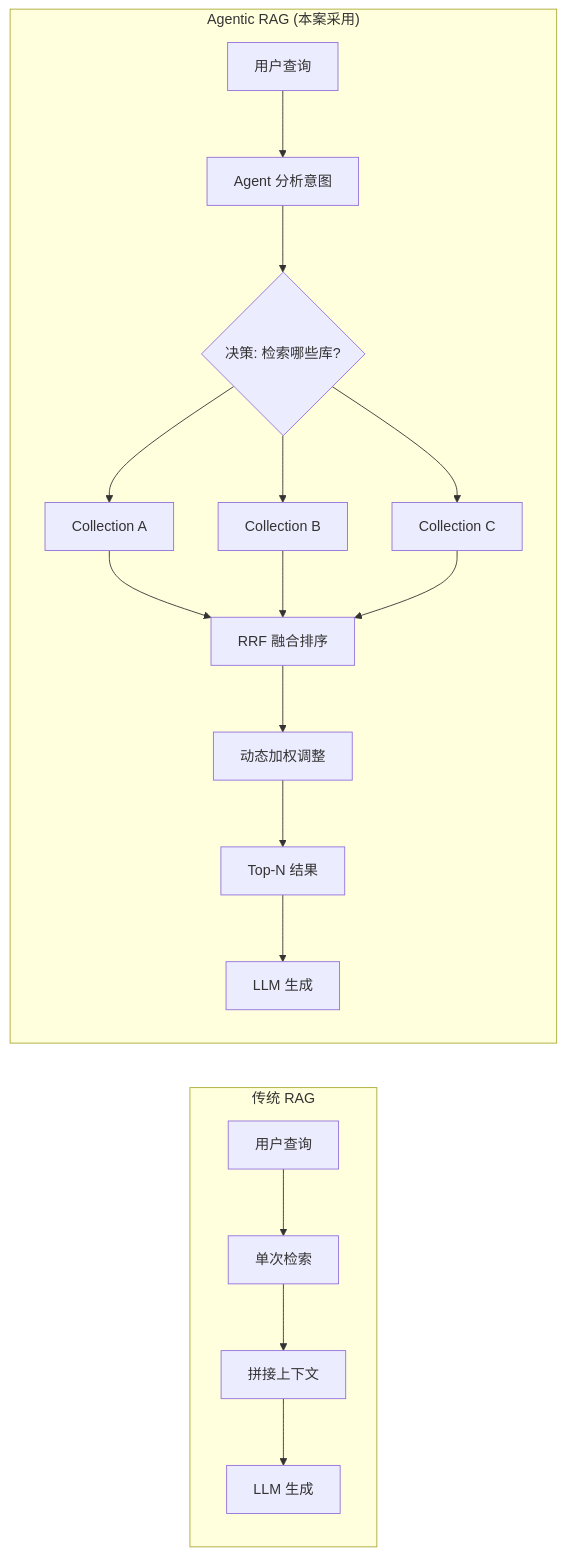
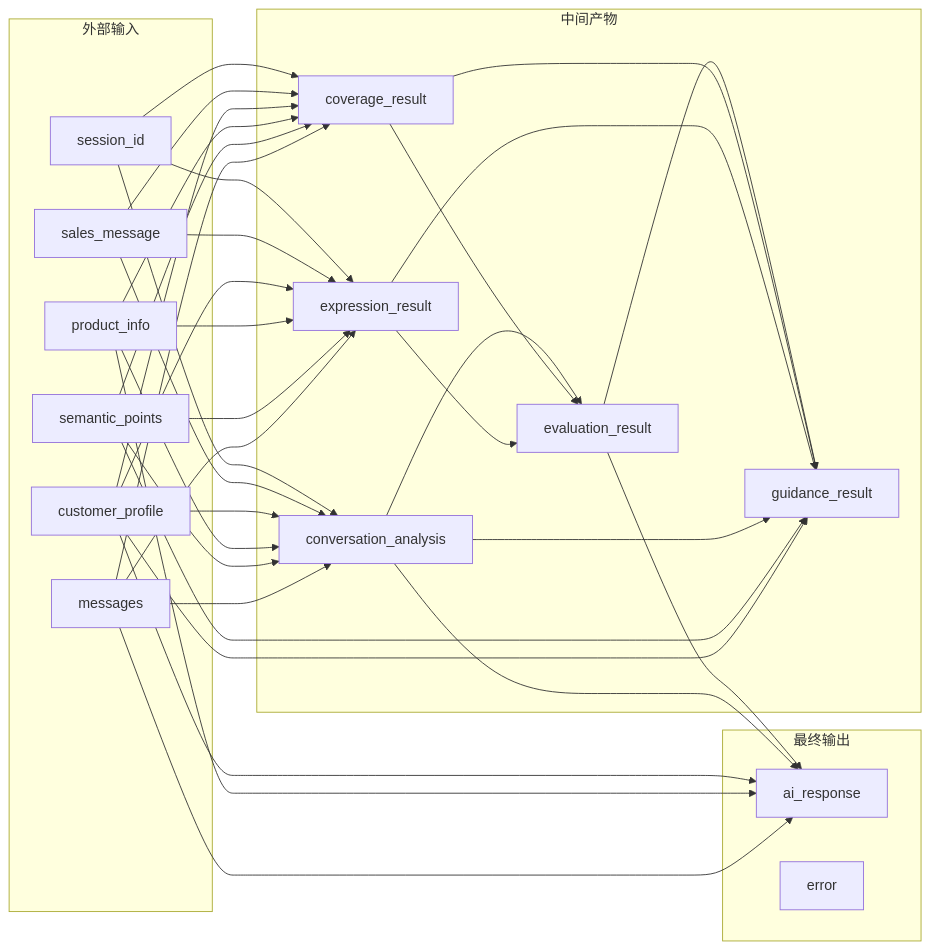
Before and after one commit to xt765/UMU-Sales-Trainer: the sixth of 10 diagrams in README.md, drawn with Mermaid. The commit also changed other lines of this file and 4 other files, not shown here.

Commit message:
docs: rewrite all documentation from scratch (2756 lines, 16 Mermaid diagrams)

````diff
--- a/README.md
+++ b/README.md
@@ -987,20 +455,33 @@
 ```mermaid
-flowchart LR
-    subgraph TraditionalRAG["传统 RAG"]
-        T1[用户查询] --> T2[单次检索]
-        T2 --> T3[拼接上下文]
-        T3 --> T4[LLM 生成]
+graph LR
+    subgraph 输入[外部输入]
+        IN1[session_id]
+        IN2[sales_message]
+        IN3[customer_profile]
+        IN4[product_info]
+        IN5[semantic_points]
+        IN6[messages]
     end
-    
-    subgraph AgenticRAG["Agentic RAG (本案采用)"]
-        A1[用户查询] --> A2[Agent 分析意图]
-        A2 --> A3{决策: 检索哪些库?}
-        A3 --> A4[Collection A]
-        A3 --> A5[Collection B]
-        A3 --> A6[Collection C]
-        A4 & A5 & A6 --> A7[RRF 融合排序]
-        A7 --> A8[动态加权调整]
-        A8 --> A9[Top-N 结果]
-        A9 --> A10[LLM 生成]
+
+    subgraph 中间[中间产物]
+        M1[conversation_analysis]
+        M2[coverage_result]
+        M3[expression_result]
+        M4[evaluation_result]
+        M5[guidance_result]
     end
+
+    subgraph 输出[最终输出]
+        OUT1[ai_response]
+        OUT2[error]
+    end
+
+    IN1 & IN2 & IN3 & IN4 & IN5 & IN6 --> M1
+    IN1 & IN2 & IN3 & IN4 & IN5 & IN6 --> M2
+    IN1 & IN2 & IN3 & IN4 & IN5 & IN6 --> M3
+
+    M1 & M2 & M3 --> M4
+    M4 & M2 & M3 & M1 & IN5 & IN3 --> M5
+
+    M4 & IN3 & IN4 & M1 & IN6 --> OUT1
 ```
````
